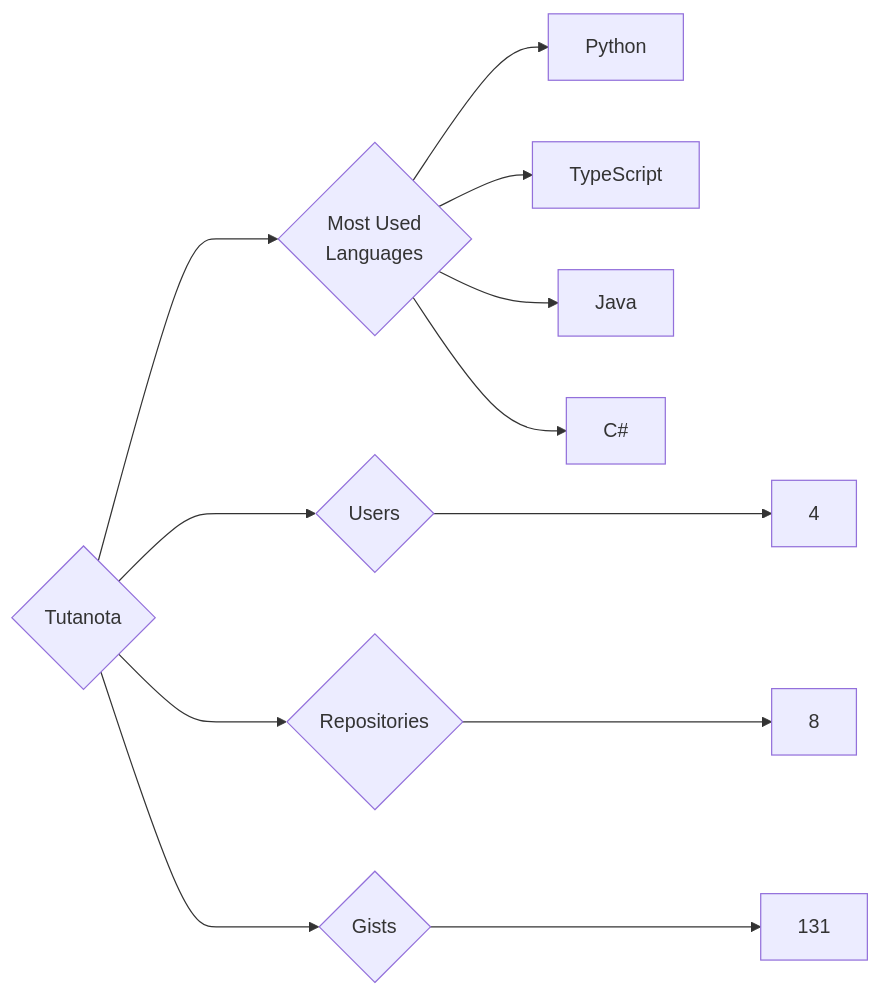
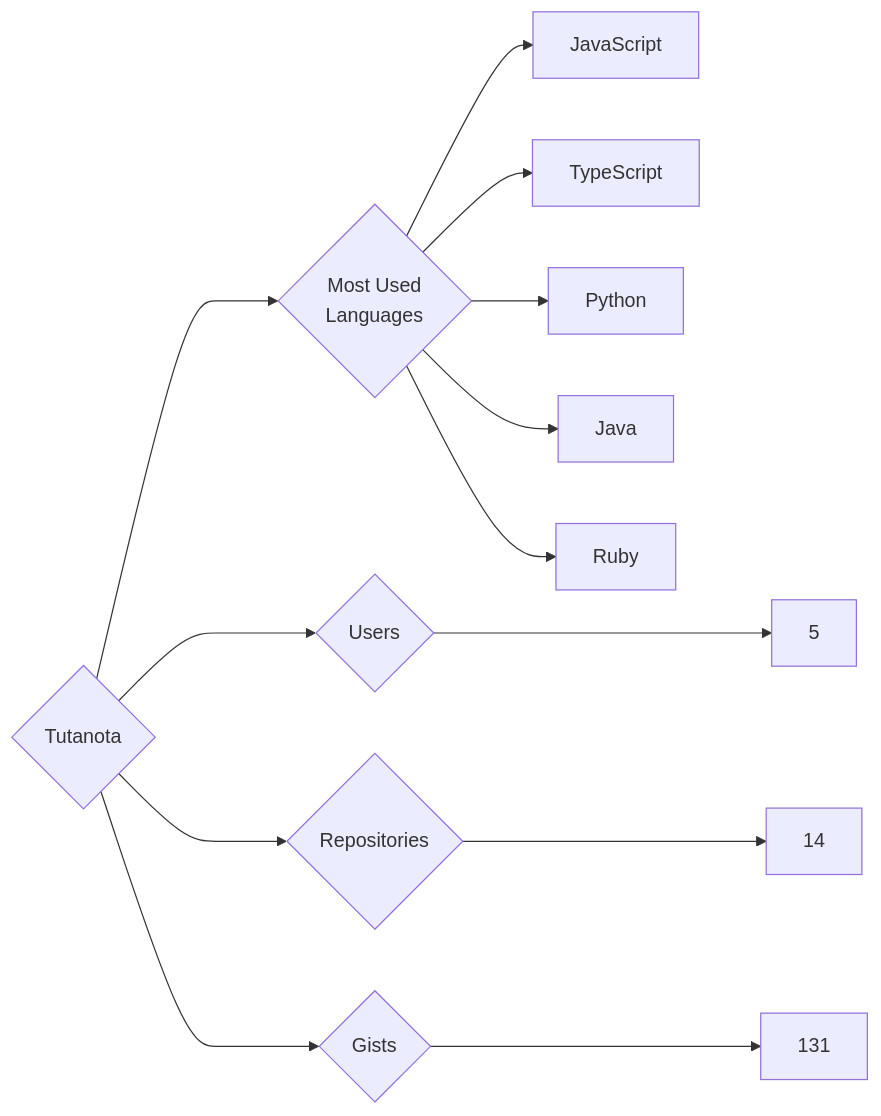
One commit to trickest/insiders changed the diagram in targets/Tutanota/README.md. Above: the diagram before and after it, drawn with Mermaid. The commit also changed 1248 other files, not shown here.

````diff
--- a/targets/Tutanota/README.md
+++ b/targets/Tutanota/README.md
@@ -3,12 +3,13 @@
 ```mermaid
 graph LR
 COMPANY_NAME{Tutanota}
-COMPANY_NAME ---> U{Users} ---> UN[4]
-COMPANY_NAME ---> R{Repositories} ---> RN[8]
+COMPANY_NAME ---> U{Users} ---> UN[5]
+COMPANY_NAME ---> R{Repositories} ---> RN[14]
 COMPANY_NAME ---> G{Gists} ---> GN[131]
 COMPANY_NAME ---> ML{Most Used<br>Languages}
+ML --> JavaScript[JavaScript]
+ML --> TypeScript[TypeScript]
 ML --> Python[Python]
-ML --> TypeScript[TypeScript]
 ML --> Java[Java]
-ML --> C#[C#]
+ML --> Ruby[Ruby]
 ```
````
